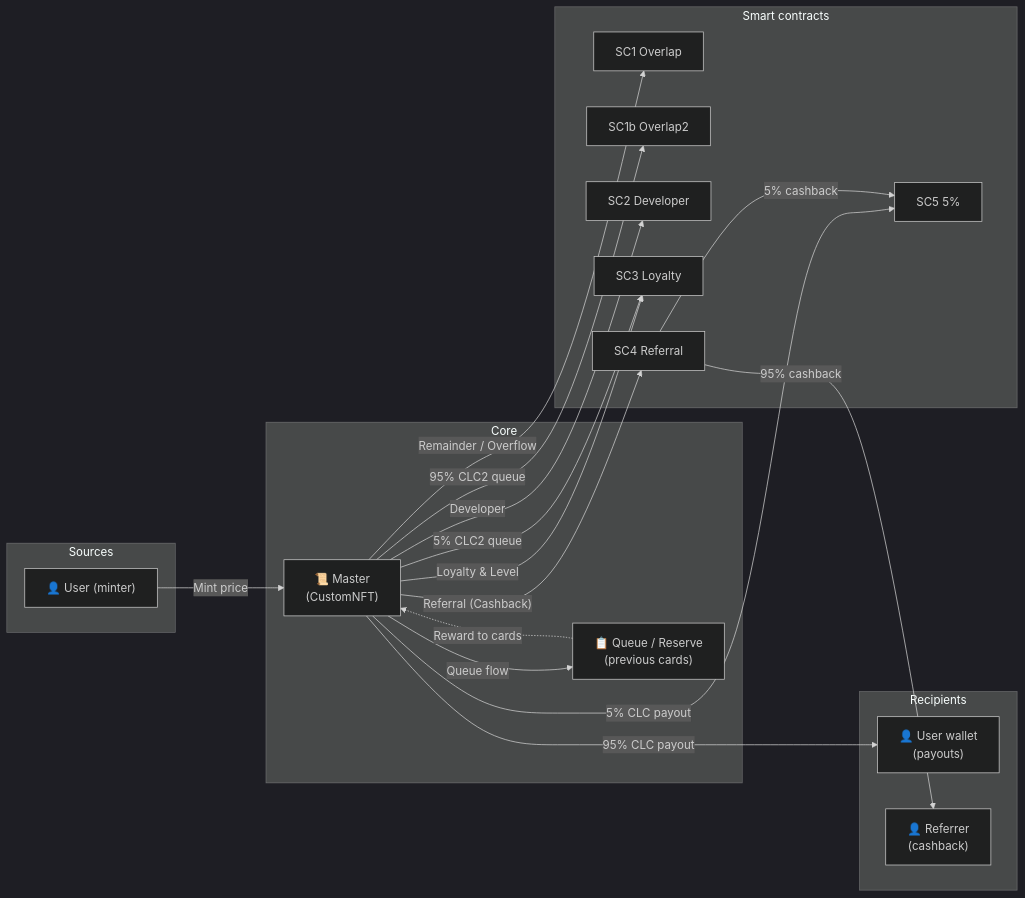
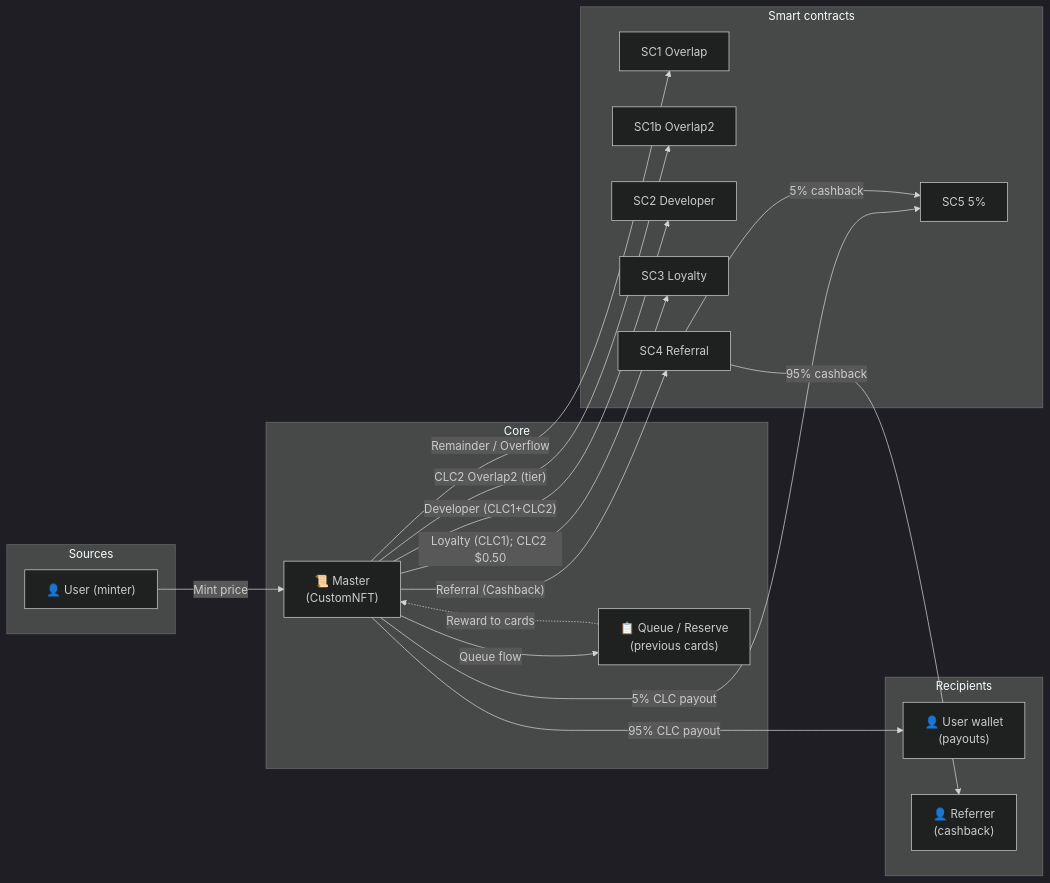
The first of 4 diagrams in MAIN_FLOW_AND_CASHFLOW.md (psdev0103/TripleC-Doc), drawn with Mermaid (dark theme) before and after one commit. The commit also changed other lines of this file and 1 other file, not shown here.

````diff
--- a/MAIN_FLOW_AND_CASHFLOW.md
+++ b/MAIN_FLOW_AND_CASHFLOW.md
@@ -284,39 +285,38 @@
 ```mermaid
 flowchart LR
     subgraph Sources
         User["👤 User (minter)"]
     end
 
     subgraph Core
         Master["📜 Master\n(CustomNFT)"]
         Queue["📋 Queue / Reserve\n(previous cards)"]
     end
 
     subgraph SCs["Smart contracts"]
         SC1["SC1 Overlap"]
         SC1b["SC1b Overlap2"]
         SC2["SC2 Developer"]
         SC3["SC3 Loyalty"]
         SC4["SC4 Referral"]
         SC5["SC5 5%"]
     end
 
     subgraph Recipients
         UserWallet["👤 User wallet\n(payouts)"]
         Referrer["👤 Referrer\n(cashback)"]
     end
 
     User -->|"Mint price"| Master
-    Master -->|"Developer"| SC2
-    Master -->|"Loyalty & Level"| SC3
+    Master -->|"Developer (CLC1+CLC2)"| SC2
+    Master -->|"Loyalty (CLC1); CLC2 $0.50"| SC3
     Master -->|"Referral (Cashback)"| SC4
     Master -->|"Queue flow"| Queue
     Master -->|"Remainder / Overflow"| SC1
-    Master -->|"95% CLC2 queue"| SC1b
-    Master -->|"5% CLC2 queue"| SC3
+    Master -->|"CLC2 Overlap2 (tier)"| SC1b
     Master -->|"95% CLC payout"| UserWallet
     Master -->|"5% CLC payout"| SC5
     SC4 -->|"95% cashback"| Referrer
     SC4 -->|"5% cashback"| SC5
     Queue -.->|"Reward to cards"| Master
 ```
````
